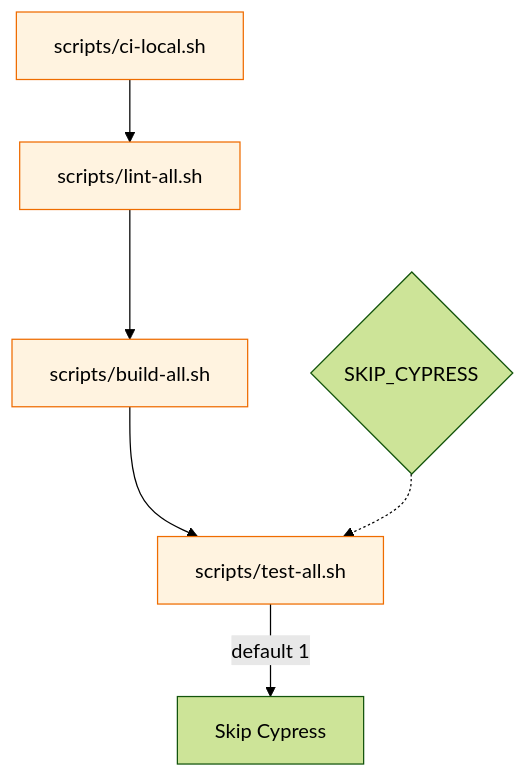
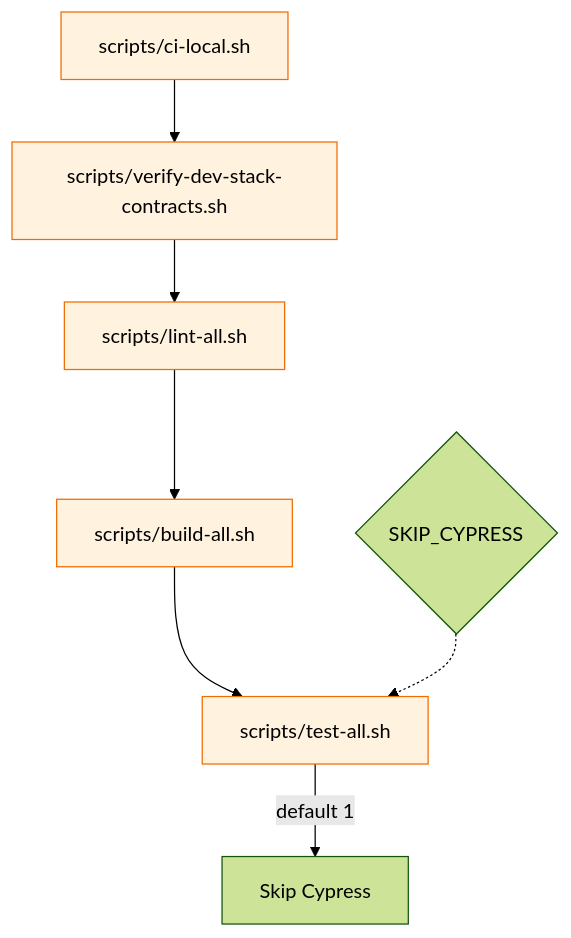
Before and after one commit to 01laky/mfai_demo: the fourth of 6 diagrams in docs/guides/development.md, drawn with Mermaid (forest theme). The commit also changed other lines of this file and 18 other files, not shown here.

First line of the commit message:
docs+ci: dev stack contracts, guides, Mermaid, and verify script

````diff
--- a/docs/guides/development.md
+++ b/docs/guides/development.md
@@ -203,14 +229,15 @@
 ```mermaid
 flowchart TB
+  V[scripts/verify-dev-stack-contracts.sh]
   CLI[scripts/ci-local.sh]
   L[scripts/lint-all.sh]
   B[scripts/build-all.sh]
   T[scripts/test-all.sh]
   CY{SKIP_CYPRESS}
-  CLI --> L --> B --> T
+  CLI --> V --> L --> B --> T
   T -->|default 1| SkipCy[Skip Cypress]
   CY -.-> T
 
   classDef apiFill fill:#fff3e0,stroke:#ef6c00
-  class CLI,L,B,T apiFill
+  class V,CLI,L,B,T apiFill
 ```
````
